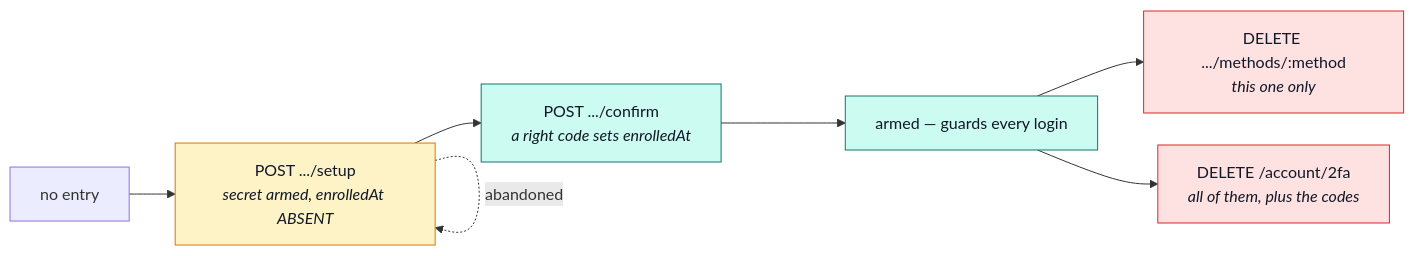
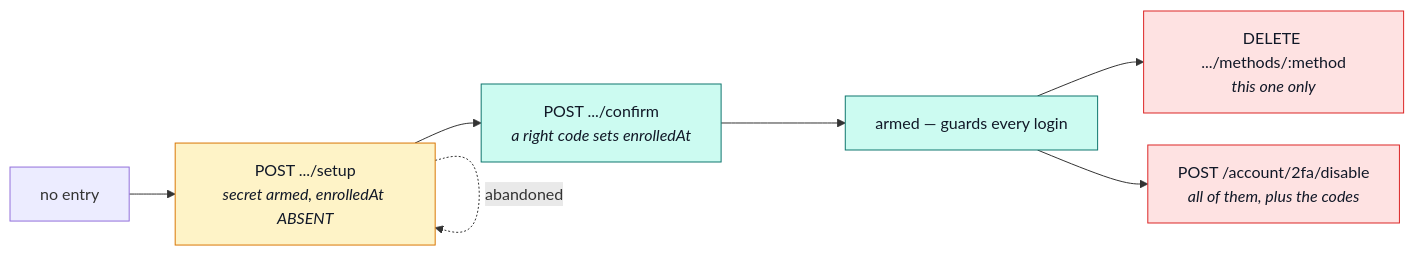
The first of 4 diagrams in docs/modules/account-two-factor.md (Guebbit/boilerplate-node-backend), drawn with Mermaid before and after one commit. The commit also changed other lines of this file and 15 other files, not shown here.

First line of the commit message:
feat(account)!: move the 2FA removals to POST .../disable and .../remove

````diff
--- a/docs/modules/account-two-factor.md
+++ b/docs/modules/account-two-factor.md
@@ -58,17 +58,17 @@
 ```mermaid
 %%{init: {'flowchart': {'nodeSpacing': 32, 'rankSpacing': 46}}}%%
 flowchart LR
     N["no entry"] --> S["POST .../setup<br/><i>secret armed, enrolledAt ABSENT</i>"]
     S --> C["POST .../confirm<br/><i>a right code sets enrolledAt</i>"]
     C --> A["armed — guards every login"]
     S -.->|"abandoned"| S
     A --> D["DELETE .../methods/:method<br/><i>this one only</i>"]
-    A --> X["DELETE /account/2fa<br/><i>all of them, plus the codes</i>"]
+    A --> X["POST /account/2fa/disable<br/><i>all of them, plus the codes</i>"]
 
     classDef half fill:#fef3c7,stroke:#d97706,color:#111827;
     classDef ok fill:#ccfbf1,stroke:#0f766e,color:#111827;
     classDef gone fill:#fee2e2,stroke:#dc2626,color:#111827;
     class S half;
     class A,C ok;
     class D,X gone;
 ```
````
